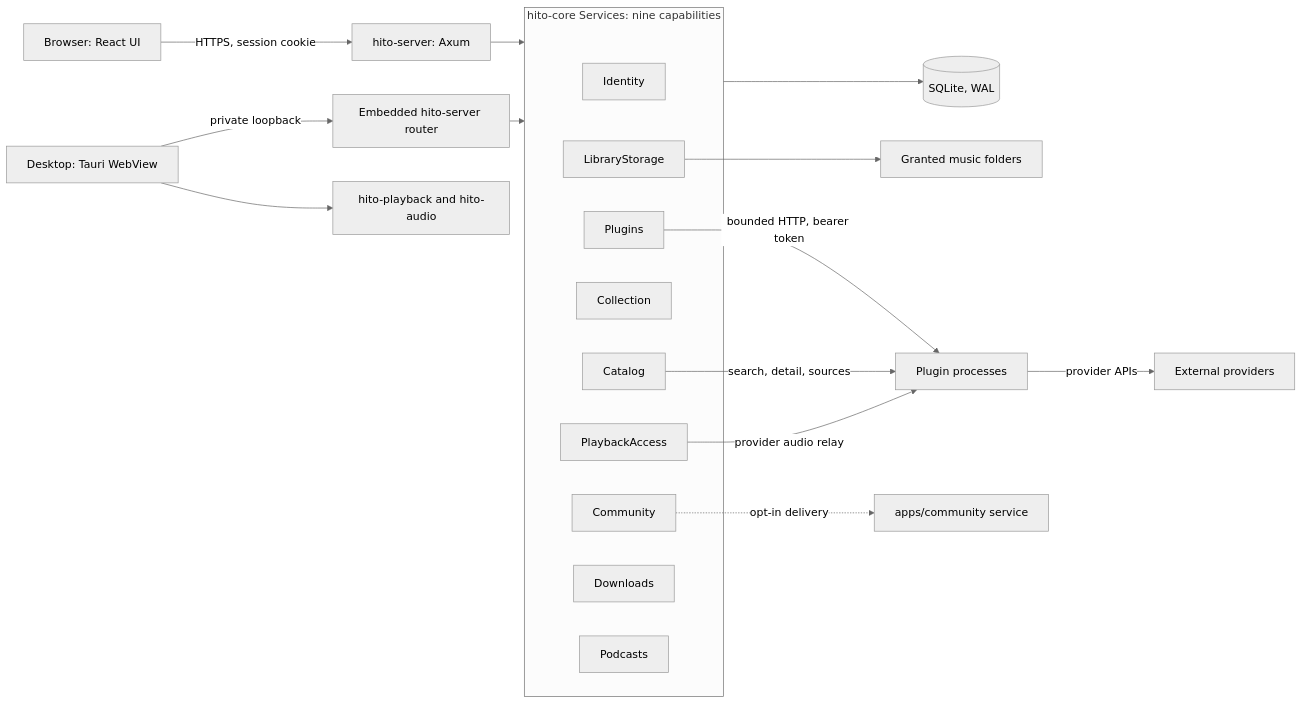
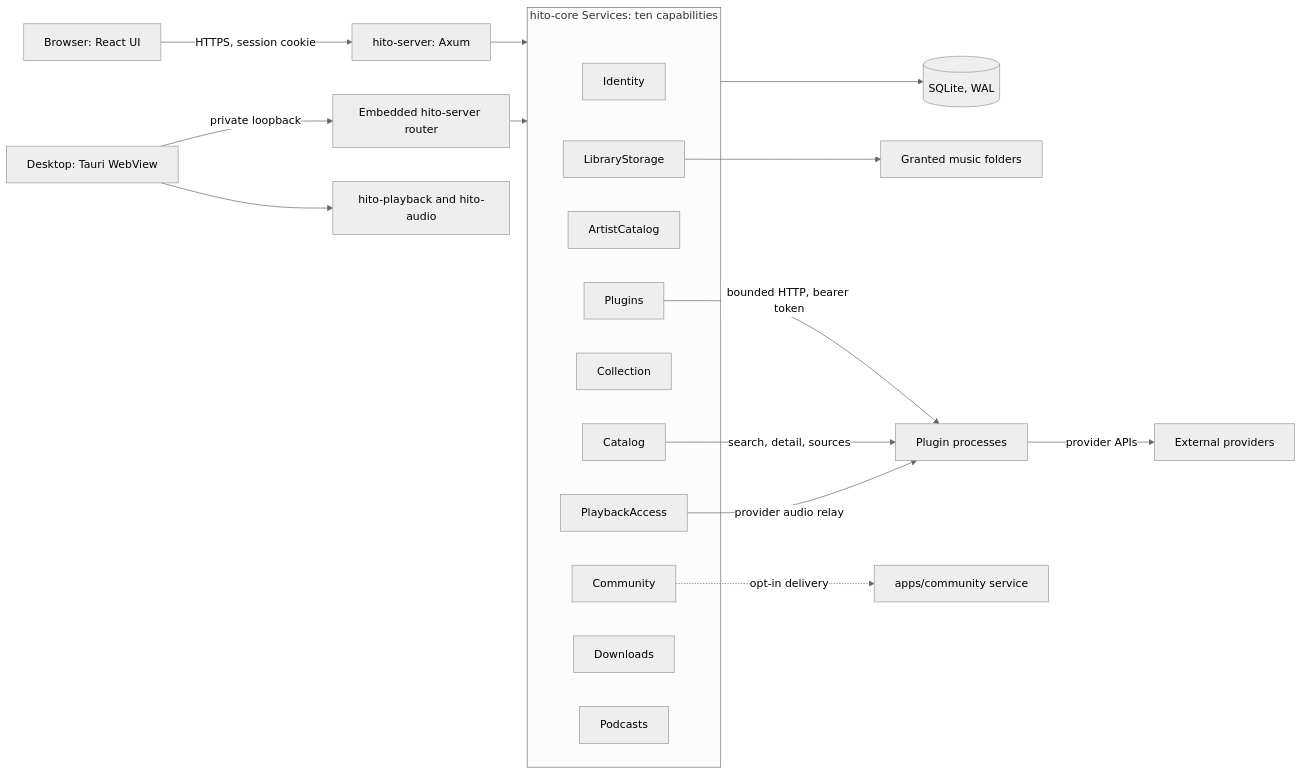
The second of 9 diagrams in docs/architecture.md (acidiney/hitoapp), drawn with Mermaid (neutral theme) before and after one commit. The commit also changed other lines of this file and 3 other files, not shown here.

Commit message:
Document ArtistCatalog as a separate core capability

````diff
--- a/docs/architecture.md
+++ b/docs/architecture.md
@@ -94,26 +94,27 @@
 ```mermaid
 flowchart LR
   Browser[Browser: React UI] -->|HTTPS, session cookie| Server[hito-server: Axum]
   Desktop[Desktop: Tauri WebView] -->|private loopback| Embedded[Embedded hito-server router]
   Desktop --> Native[hito-playback and hito-audio]
   Server --> Core
   Embedded --> Core
-  subgraph Core[hito-core Services: nine capabilities]
+  subgraph Core[hito-core Services: ten capabilities]
     Identity
     Catalog
+    ArtistCatalog
     PlaybackAccess
     Collection
     Community
     LibraryStorage
     Plugins
     Downloads
     Podcasts
   end
   Core --> SQLite[(SQLite, WAL)]
   LibraryStorage --> Files[Granted music folders]
   Plugins -->|bounded HTTP, bearer token| Plug[Plugin processes]
   Catalog -->|search, detail, sources| Plug
   PlaybackAccess -->|provider audio relay| Plug
   Plug -->|provider APIs| Ext[External providers]
   Community -. opt-in delivery .-> CommunityService[apps/community service]
 ```
````
